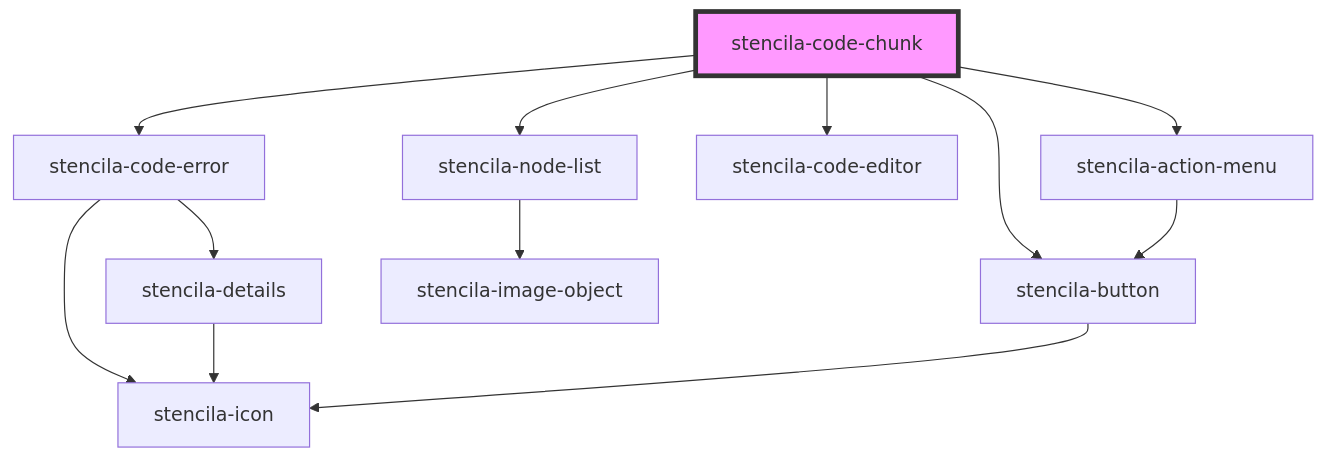
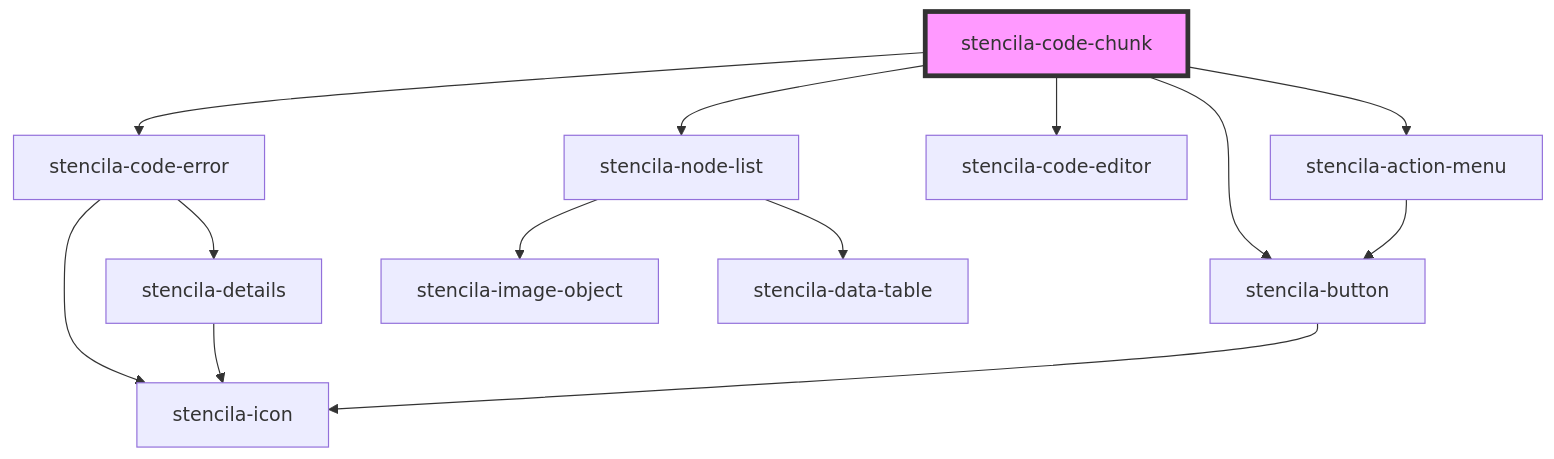
One commit to stencila/designa changed the diagram in packages/components/src/components/codeChunk/readme.md. Above: the diagram before and after it, drawn with Mermaid. The commit also changed 9 other files, not shown here.

````diff
--- a/packages/components/src/components/codeChunk/readme.md
+++ b/packages/components/src/components/codeChunk/readme.md
@@ -46,15 +46,16 @@
 ```mermaid
 graph TD;
   stencila-code-chunk --> stencila-code-error
   stencila-code-chunk --> stencila-action-menu
   stencila-code-chunk --> stencila-button
   stencila-code-chunk --> stencila-code-editor
   stencila-code-chunk --> stencila-node-list
   stencila-code-error --> stencila-icon
   stencila-code-error --> stencila-details
   stencila-details --> stencila-icon
   stencila-action-menu --> stencila-button
   stencila-button --> stencila-icon
   stencila-node-list --> stencila-image-object
+  stencila-node-list --> stencila-data-table
   style stencila-code-chunk fill:#f9f,stroke:#333,stroke-width:4px
 ```
````
